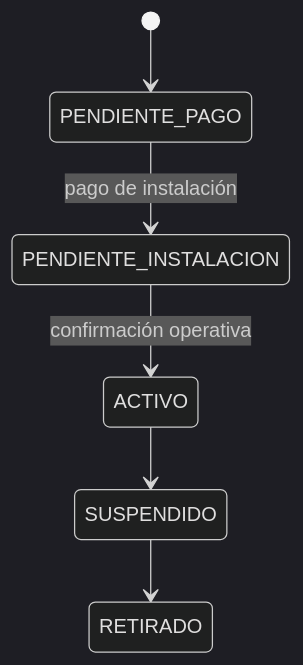
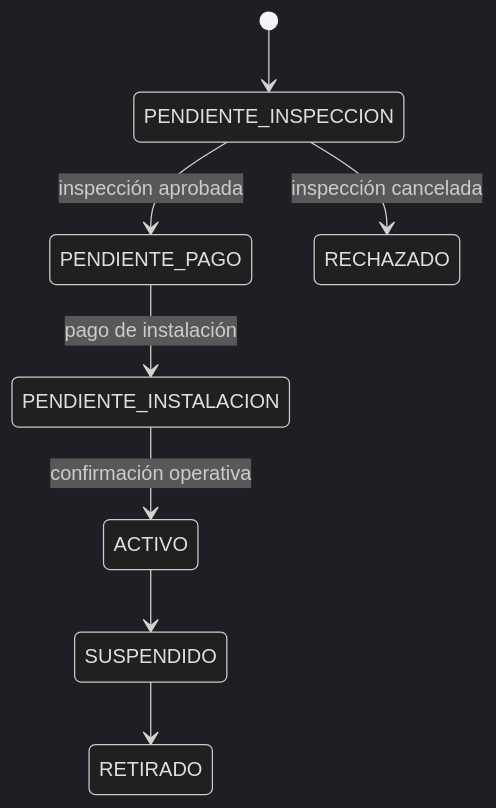
The diagram in docs/architecture/modules/mejora/contratos/Contratos/contratos.md (yan2005dris-afk/JASRAPO-BACKEND), drawn with Mermaid (dark theme) before and after one commit. The commit also changed other lines of this file and 26 other files, not shown here.

````diff
--- a/docs/architecture/modules/mejora/contratos/Contratos/contratos.md
+++ b/docs/architecture/modules/mejora/contratos/Contratos/contratos.md
@@ -68,8 +72,10 @@
 ```mermaid
 stateDiagram-v2
-  [*] --> PENDIENTE_PAGO
+  [*] --> PENDIENTE_INSPECCION
+  PENDIENTE_INSPECCION --> PENDIENTE_PAGO: inspección aprobada
+  PENDIENTE_INSPECCION --> RECHAZADO: inspección cancelada
   PENDIENTE_PAGO --> PENDIENTE_INSTALACION: pago de instalación
   PENDIENTE_INSTALACION --> ACTIVO: confirmación operativa
   ACTIVO --> SUSPENDIDO
   SUSPENDIDO --> RETIRADO
 ```
````
